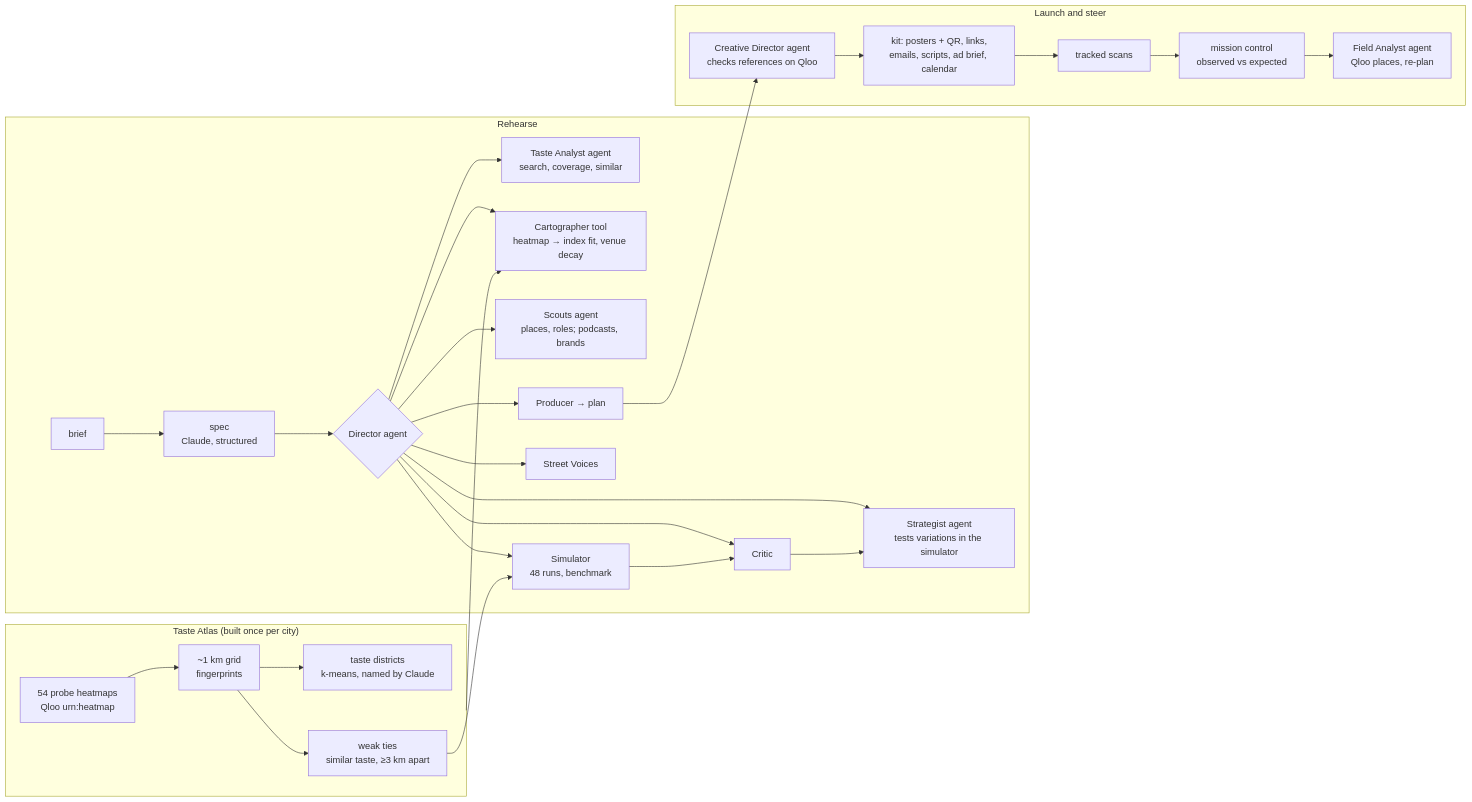
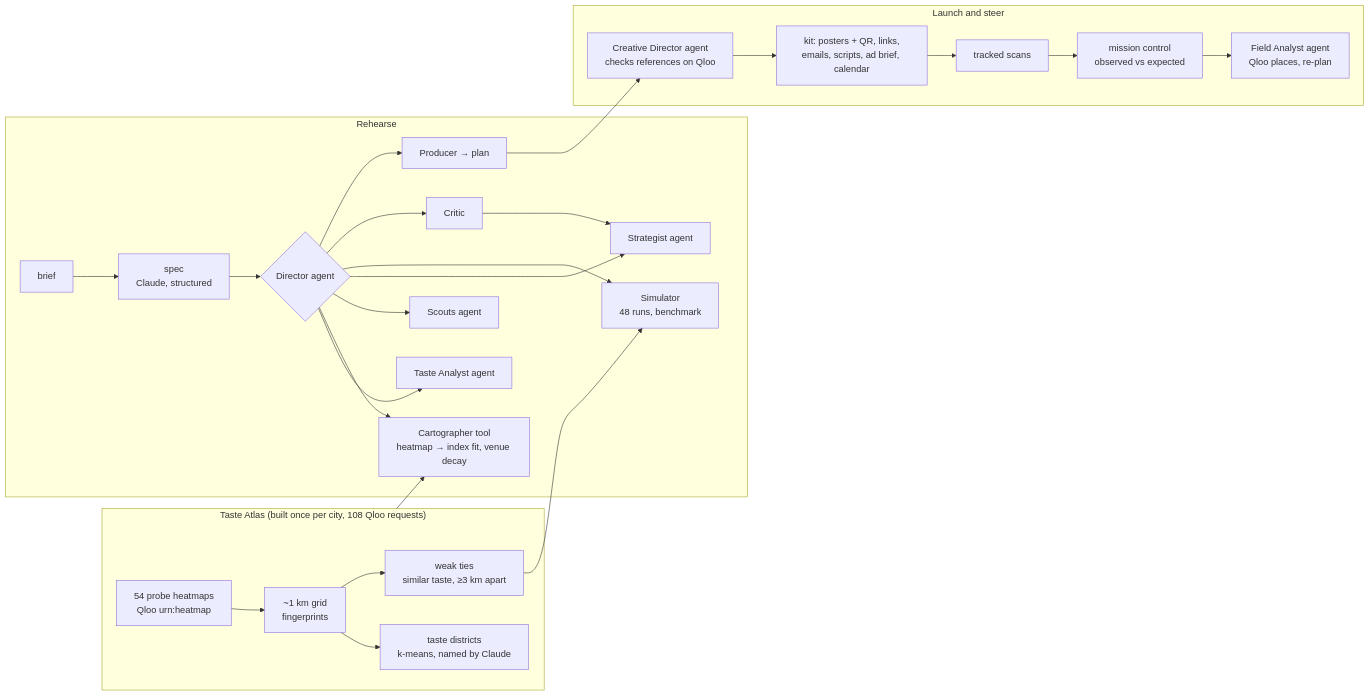
Before and after one commit to TusharTechs/groundswell: the third of 3 diagrams in README.md, drawn with Mermaid. The commit also changed other lines of this file and 10 other files, not shown here.

First line of the commit message:
README for judges: links, tour, screenshots, architecture, setup on every OS

````diff
--- a/README.md
+++ b/README.md
@@ -93,30 +226,28 @@
 ```mermaid
 flowchart LR
-  subgraph Atlas["Taste Atlas (built once per city)"]
+  subgraph Atlas["Taste Atlas (built once per city, 108 Qloo requests)"]
     P[54 probe heatmaps<br/>Qloo urn:heatmap] --> G[~1 km grid<br/>fingerprints]
     G --> D[taste districts<br/>k-means, named by Claude]
     G --> T[weak ties<br/>similar taste, ≥3 km apart]
   end
   subgraph Run["Rehearse"]
     B[brief] --> S[spec<br/>Claude, structured]
     S --> DIR{Director agent}
-    DIR --> AN[Taste Analyst agent<br/>search, coverage, similar]
+    DIR --> AN[Taste Analyst agent]
     DIR --> CA[Cartographer tool<br/>heatmap → index fit, venue decay]
-    DIR --> SC[Scouts agent<br/>places, roles; podcasts, brands]
-    DIR --> ST[Strategist agent<br/>tests variations in the simulator]
+    DIR --> SC[Scouts agent]
+    DIR --> ST[Strategist agent]
     DIR --> SI[Simulator<br/>48 runs, benchmark]
-    DIR --> CR[Critic]
-    DIR --> VO[Street Voices]
+    DIR --> CR[Critic] --> ST
     DIR --> PR[Producer → plan]
   end
   subgraph Launch["Launch and steer"]
     PR --> CD[Creative Director agent<br/>checks references on Qloo]
     CD --> K[kit: posters + QR, links,<br/>emails, scripts, ad brief, calendar]
     K --> SCAN[tracked scans]
     SCAN --> MC[mission control<br/>observed vs expected]
     MC --> FA[Field Analyst agent<br/>Qloo places, re-plan]
   end
   Atlas --> CA
   T --> SI
-  SI --> CR --> ST
 ```
````
